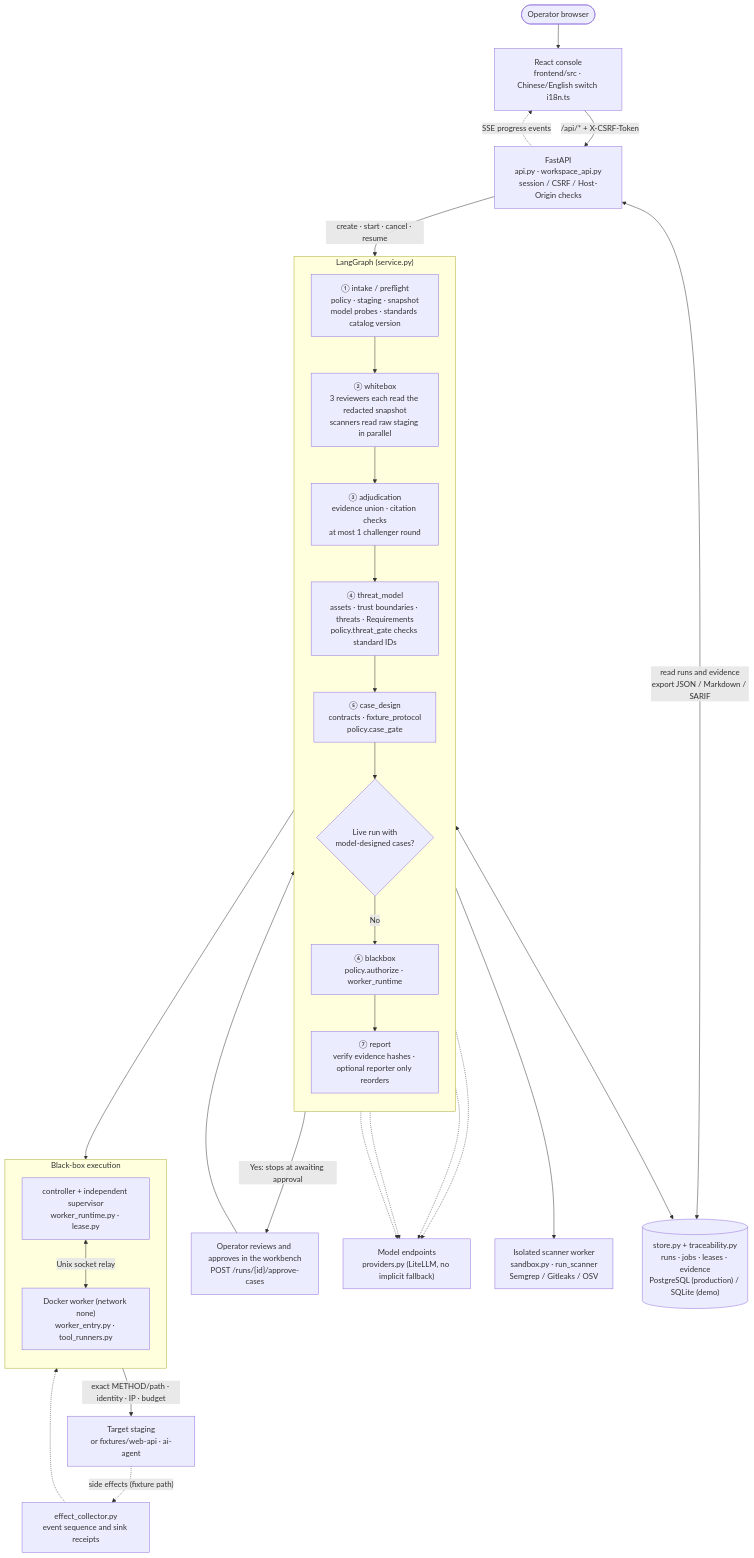
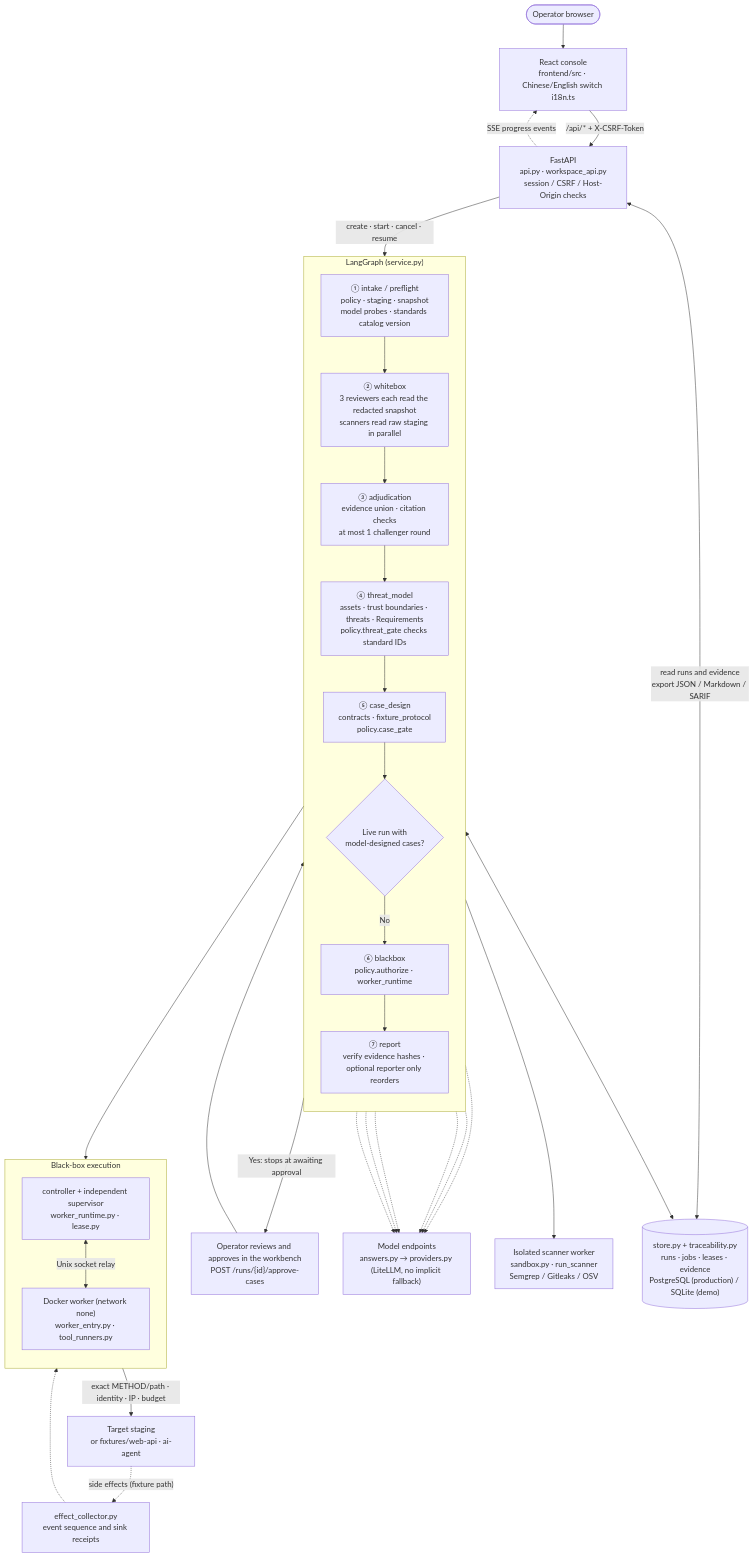
Before and after one commit to chinchiang/MultiAgentBeta: the second of 2 diagrams in README.md, drawn with Mermaid. The commit also changed other lines of this file and 5 other files, not shown here.

First line of the commit message:
模型回答 5/5：文件與用語跟上 ModelAnswers（IMPLEMENTATION、ARCHITECTURE、GLOSSARY）

````diff
--- a/README.md
+++ b/README.md
@@ -245,50 +246,50 @@
 ```mermaid
 flowchart TB
   OP(["Operator browser"])
   UI["React console<br/>frontend/src · Chinese/English switch i18n.ts"]
   API["FastAPI<br/>api.py · workspace_api.py<br/>session / CSRF / Host-Origin checks"]
   OP --> UI
   UI -->|"/api/* + X-CSRF-Token"| API
   API -.->|"SSE progress events"| UI
 
   subgraph ENG["LangGraph (service.py)"]
     direction TB
     S0["① intake / preflight<br/>policy · staging · snapshot<br/>model probes · standards catalog version"]
     S1["② whitebox<br/>3 reviewers each read the redacted snapshot<br/>scanners read raw staging in parallel"]
     S2["③ adjudication<br/>evidence union · citation checks<br/>at most 1 challenger round"]
     S3["④ threat_model<br/>assets · trust boundaries · threats · Requirements<br/>policy.threat_gate checks standard IDs"]
     S4["⑤ case_design<br/>contracts · fixture_protocol<br/>policy.case_gate"]
     Q{"Live run with<br/>model-designed cases?"}
     S6["⑥ blackbox<br/>policy.authorize · worker_runtime"]
     S7["⑦ report<br/>verify evidence hashes · optional reporter only reorders"]
     S0 --> S1 --> S2 --> S3 --> S4 --> Q
     Q -->|"No"| S6
     S6 --> S7
   end
 
   API -->|"create · start · cancel · resume"| S0
   Q -->|"Yes: stops at awaiting approval"| AP["Operator reviews and approves in the workbench<br/>POST /runs/{id}/approve-cases"]
   AP --> S6
 
-  LLM["Model endpoints<br/>providers.py (LiteLLM, no implicit fallback)"]
-  S1 & S2 & S3 & S4 -.-> LLM
+  LLM["Model endpoints<br/>answers.py → providers.py (LiteLLM, no implicit fallback)"]
+  S0 & S1 & S2 & S3 & S4 & S7 -.-> LLM
 
   SCAN["Isolated scanner worker<br/>sandbox.py · run_scanner<br/>Semgrep / Gitleaks / OSV"]
   S1 --> SCAN
 
   subgraph BOX["Black-box execution"]
     direction TB
     SUP["controller + independent supervisor<br/>worker_runtime.py · lease.py"]
     WK["Docker worker (network none)<br/>worker_entry.py · tool_runners.py"]
     SUP <-->|"Unix socket relay"| WK
   end
   S6 --> SUP
   TGT["Target staging<br/>or fixtures/web-api · ai-agent"]
   SUP -->|"exact METHOD/path · identity · IP · budget"| TGT
   TGT -.->|"side effects (fixture path)"| EC["effect_collector.py<br/>event sequence and sink receipts"]
   EC -.-> SUP
 
   DB[("store.py + traceability.py<br/>runs · jobs · leases · evidence<br/>PostgreSQL (production) / SQLite (demo)")]
   ENG <--> DB
   API <-->|"read runs and evidence<br/>export JSON / Markdown / SARIF"| DB
 ```
````
